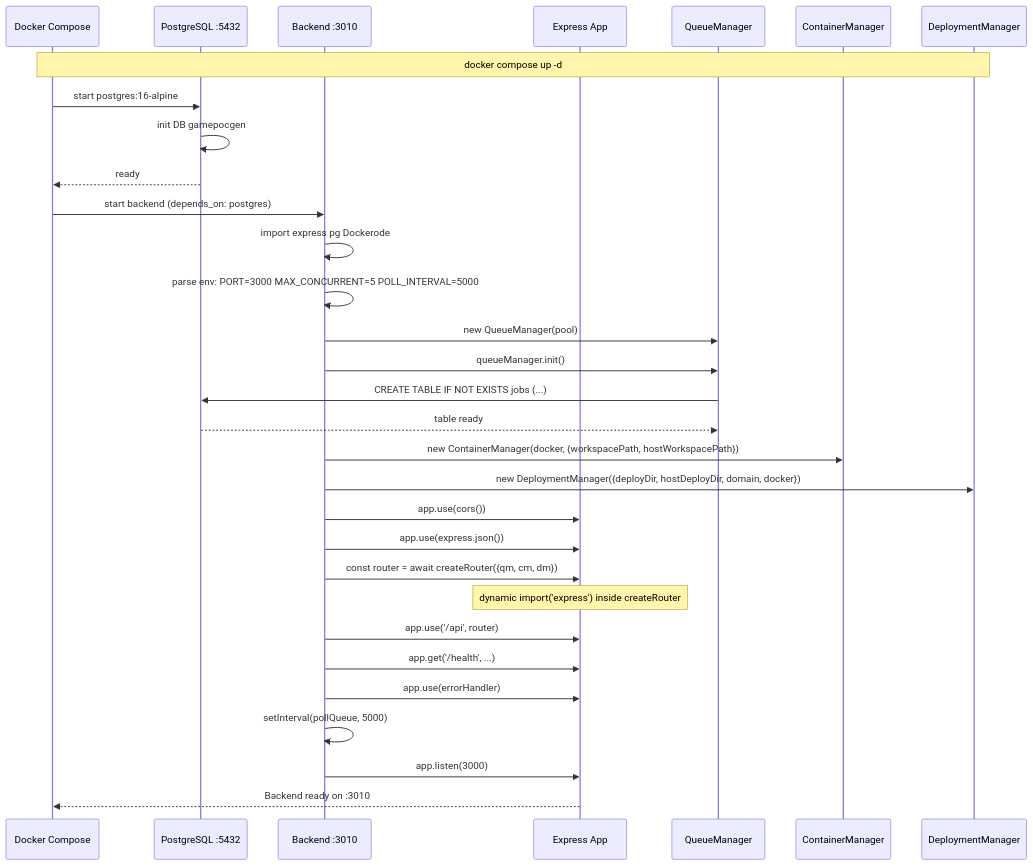
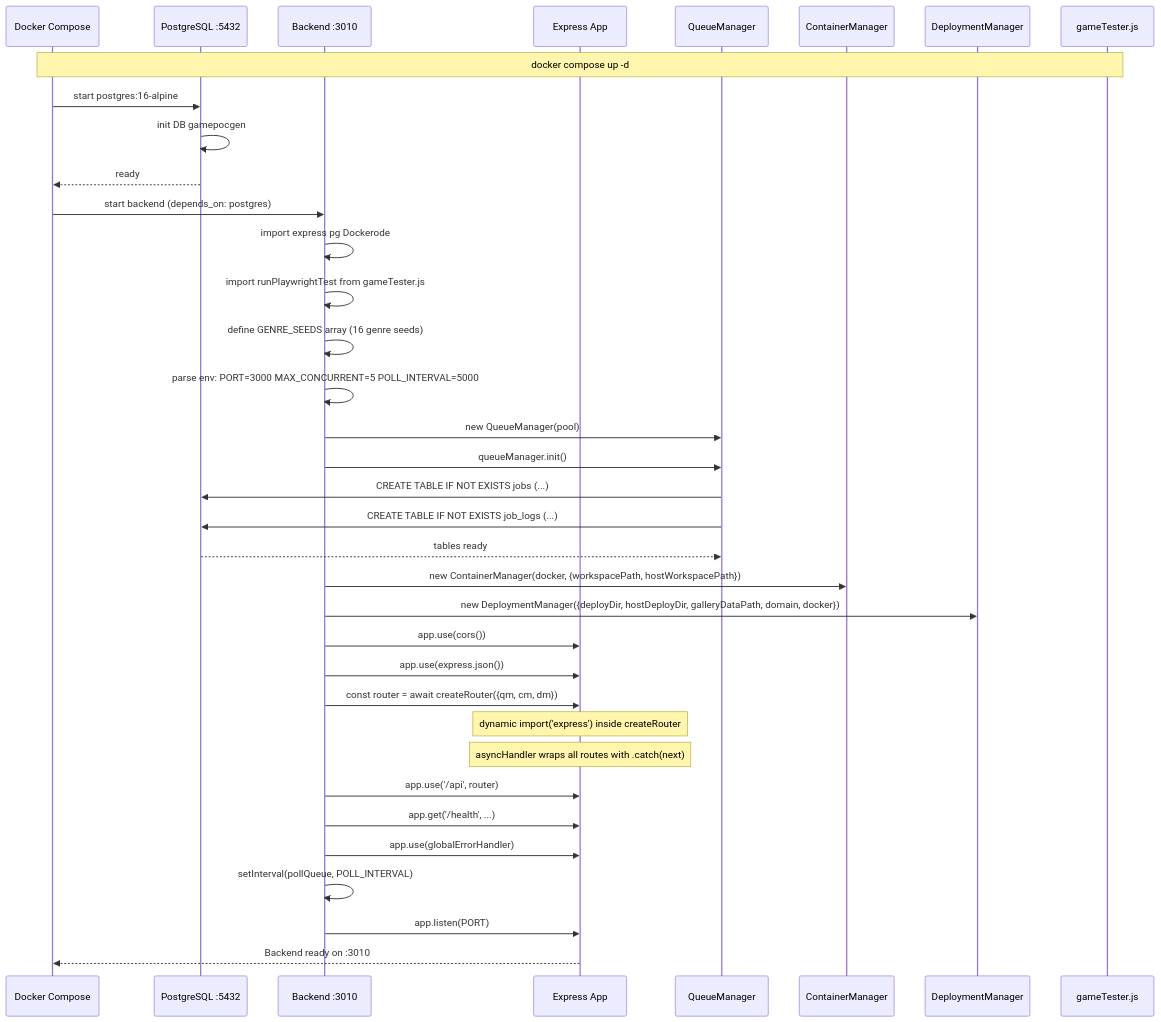
One commit to J-Gierend/gamePocGen changed the first of 9 diagrams in AI/document/09-boot-sequence.md. Above: the diagram before and after it, drawn with Mermaid. The commit also changed other lines of this file and 12 other files, not shown here.

First line of the commit message:
fix: regenerate all architecture docs from current source

````diff
--- a/AI/document/09-boot-sequence.md
+++ b/AI/document/09-boot-sequence.md
@@ -3,40 +3,45 @@
 ```mermaid
 sequenceDiagram
     participant DC as Docker Compose
     participant PG as PostgreSQL :5432
     participant BE as Backend :3010
     participant EXP as Express App
     participant QM as QueueManager
     participant CM as ContainerManager
     participant DM as DeploymentManager
+    participant GT as gameTester.js
 
-    Note over DC,DM: docker compose up -d
+    Note over DC,GT: docker compose up -d
 
     DC->>PG: start postgres:16-alpine
     PG->>PG: init DB gamepocgen
     PG-->>DC: ready
 
     DC->>BE: start backend (depends_on: postgres)
     BE->>BE: import express pg Dockerode
+    BE->>BE: import runPlaywrightTest from gameTester.js
+    BE->>BE: define GENRE_SEEDS array (16 genre seeds)
     BE->>BE: parse env: PORT=3000 MAX_CONCURRENT=5 POLL_INTERVAL=5000
 
     BE->>QM: new QueueManager(pool)
     BE->>QM: queueManager.init()
     QM->>PG: CREATE TABLE IF NOT EXISTS jobs (...)
-    PG-->>QM: table ready
+    QM->>PG: CREATE TABLE IF NOT EXISTS job_logs (...)
+    PG-->>QM: tables ready
 
     BE->>CM: new ContainerManager(docker, {workspacePath, hostWorkspacePath})
-    BE->>DM: new DeploymentManager({deployDir, hostDeployDir, domain, docker})
+    BE->>DM: new DeploymentManager({deployDir, hostDeployDir, galleryDataPath, domain, docker})
 
     BE->>EXP: app.use(cors())
     BE->>EXP: app.use(express.json())
     BE->>EXP: const router = await createRouter({qm, cm, dm})
     Note over EXP: dynamic import('express') inside createRouter
+    Note over EXP: asyncHandler wraps all routes with .catch(next)
     BE->>EXP: app.use('/api', router)
     BE->>EXP: app.get('/health', ...)
-    BE->>EXP: app.use(errorHandler)
+    BE->>EXP: app.use(globalErrorHandler)
 
-    BE->>BE: setInterval(pollQueue, 5000)
-    BE->>EXP: app.listen(3000)
+    BE->>BE: setInterval(pollQueue, POLL_INTERVAL)
+    BE->>EXP: app.listen(PORT)
     EXP-->>DC: Backend ready on :3010
 ```
````
